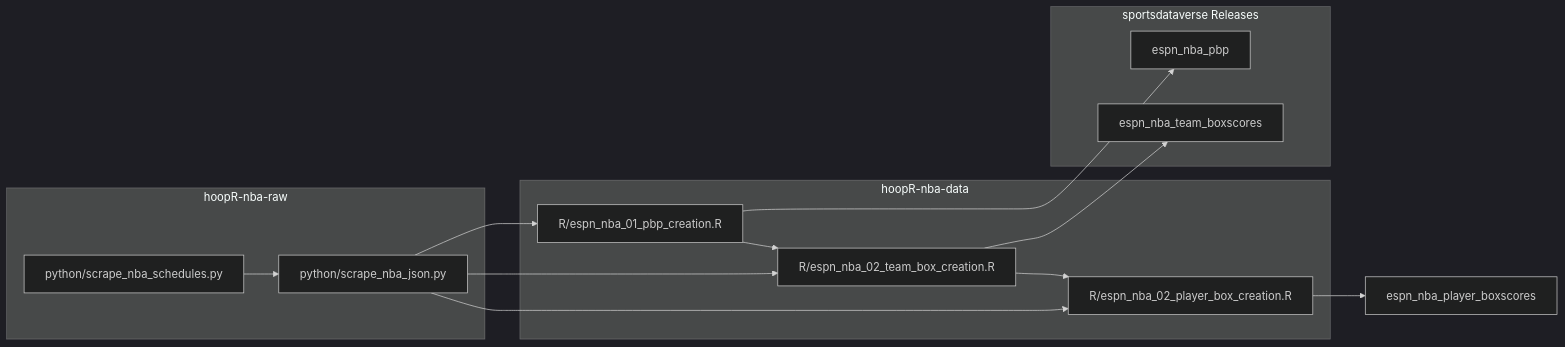
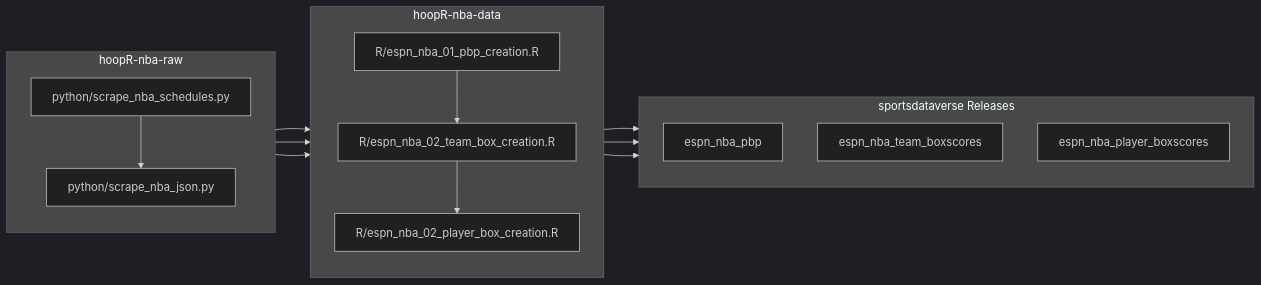
Before and after one commit to sportsdataverse/hoopR-nba-raw: the second of 2 diagrams in README.md, drawn with Mermaid (dark theme).

Commit message:
second diagram

````diff
--- a/README.md
+++ b/README.md
@@ -12,21 +12,24 @@
 ```mermaid
   graph LR;
     a2-->b1[R/espn_nba_01_pbp_creation.R];
     a2-->b2[R/espn_nba_02_team_box_creation.R];
     a2-->b3[R/espn_nba_03_player_box_creation.R];
     b1[R/espn_nba_01_pbp_creation.R]-->C1[espn_nba_pbp];
     b2[R/espn_nba_02_team_box_creation.R]-->C2[espn_nba_team_boxscores];
     b3[R/espn_nba_03_player_box_creation.R]-->C3[espn_nba_player_boxscores];
     subgraph "hoopR-nba-raw";
+    direction TB;
     a1[python/scrape_nba_schedules.py]-->a2[python/scrape_nba_json.py]
     end;
     subgraph "hoopR-nba-data";
+    direction TB;
     b1[R/espn_nba_01_pbp_creation.R]-->b2[R/espn_nba_02_team_box_creation.R]
     b2[R/espn_nba_02_team_box_creation.R]-->b3[R/espn_nba_02_player_box_creation.R]
     end;
     subgraph "sportsdataverse Releases";
+    direction TB;
     C1[espn_nba_pbp]
     C2[espn_nba_team_boxscores]
-    C2[espn_nba_team_boxscores]
+    C3[espn_nba_player_boxscores]
     end;
 ```
````
